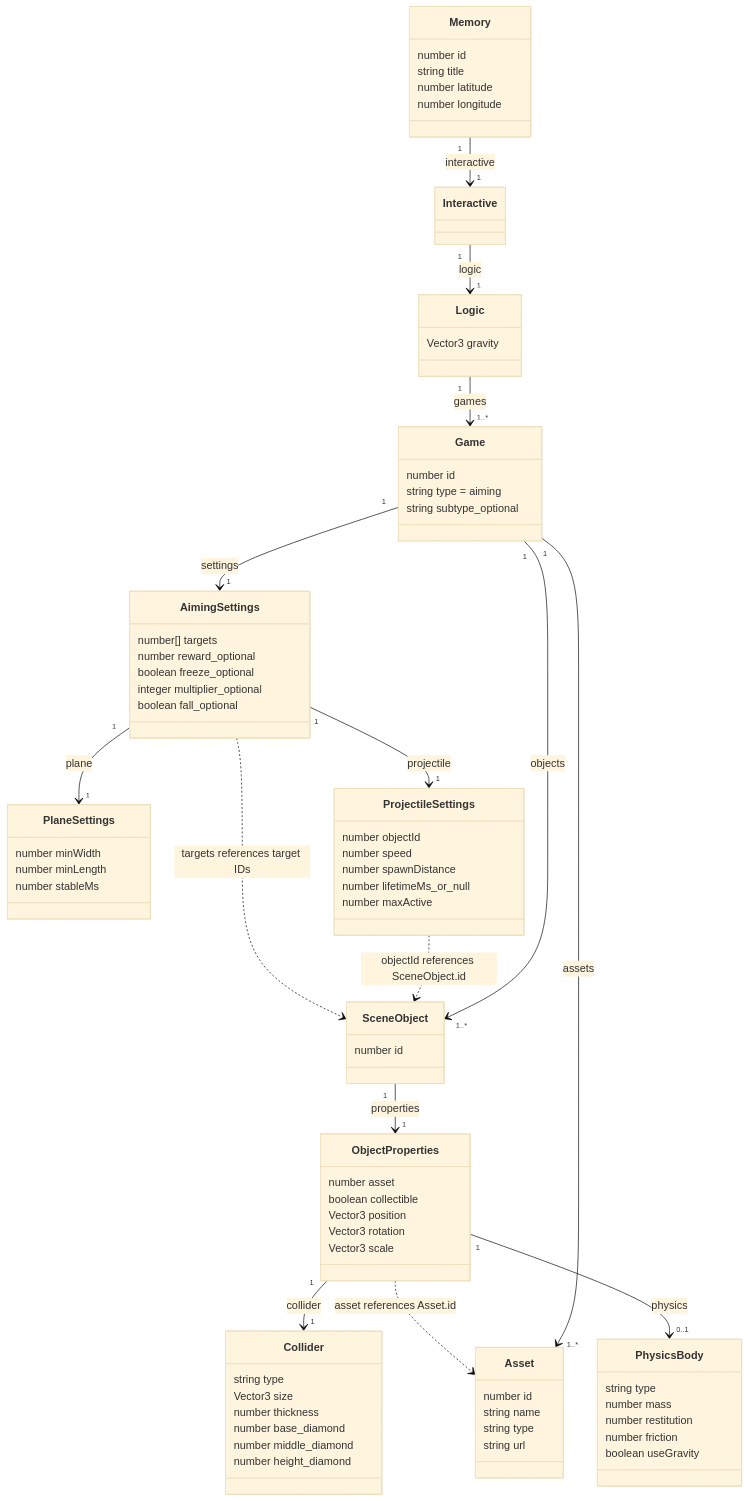
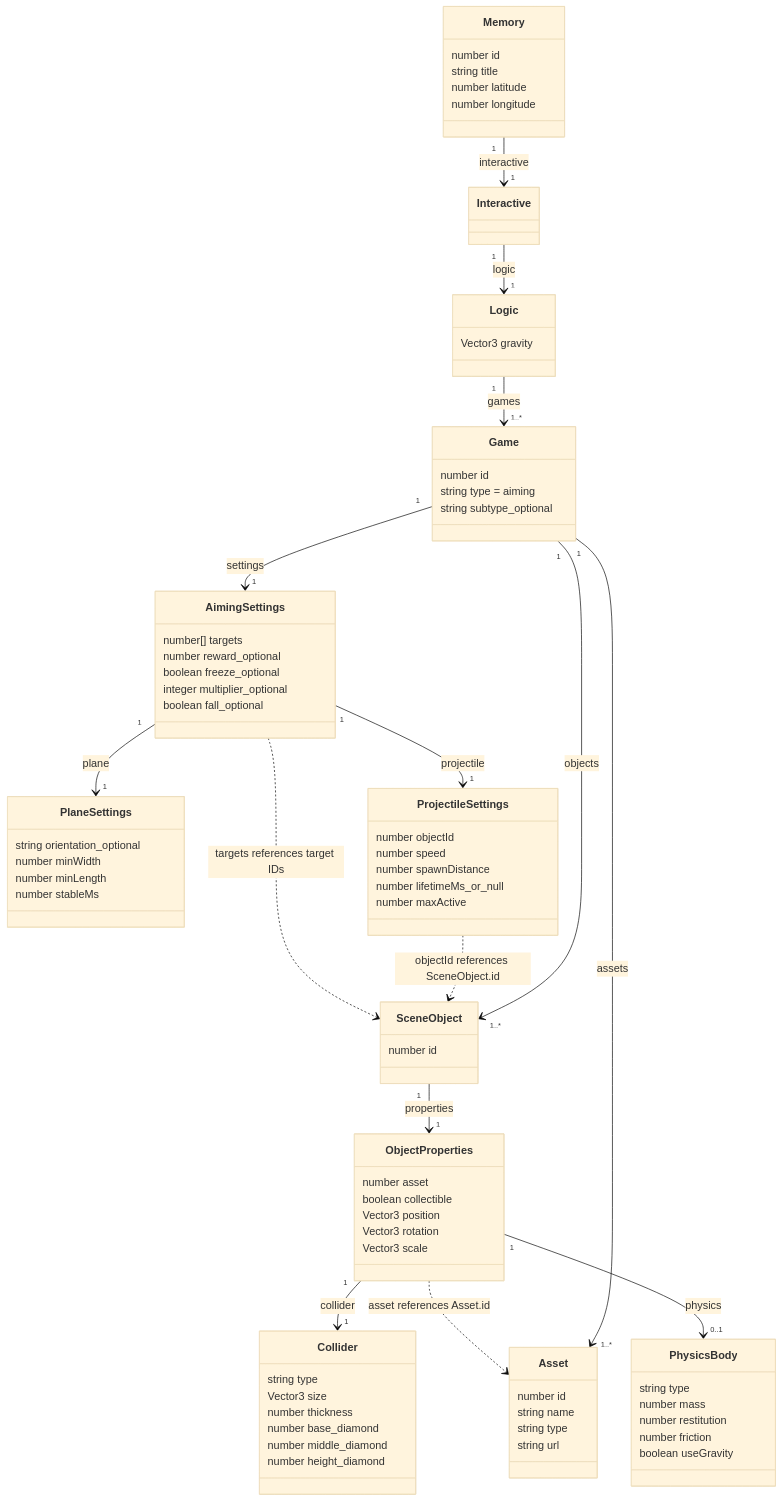
The second of 3 diagrams in docs/jeux-adresse.md (mystifiedmunchkin/echoes), drawn with Mermaid (base theme) before and after one commit. The commit also changed other lines of this file and 17 other files, not shown here.

```diff
--- a/docs/jeux-adresse.md
+++ b/docs/jeux-adresse.md
@@ -200,6 +200,7 @@
         boolean fall_optional
     }
     class PlaneSettings {
+        string orientation_optional
         number minWidth
         number minLength
         number stableMs
```
